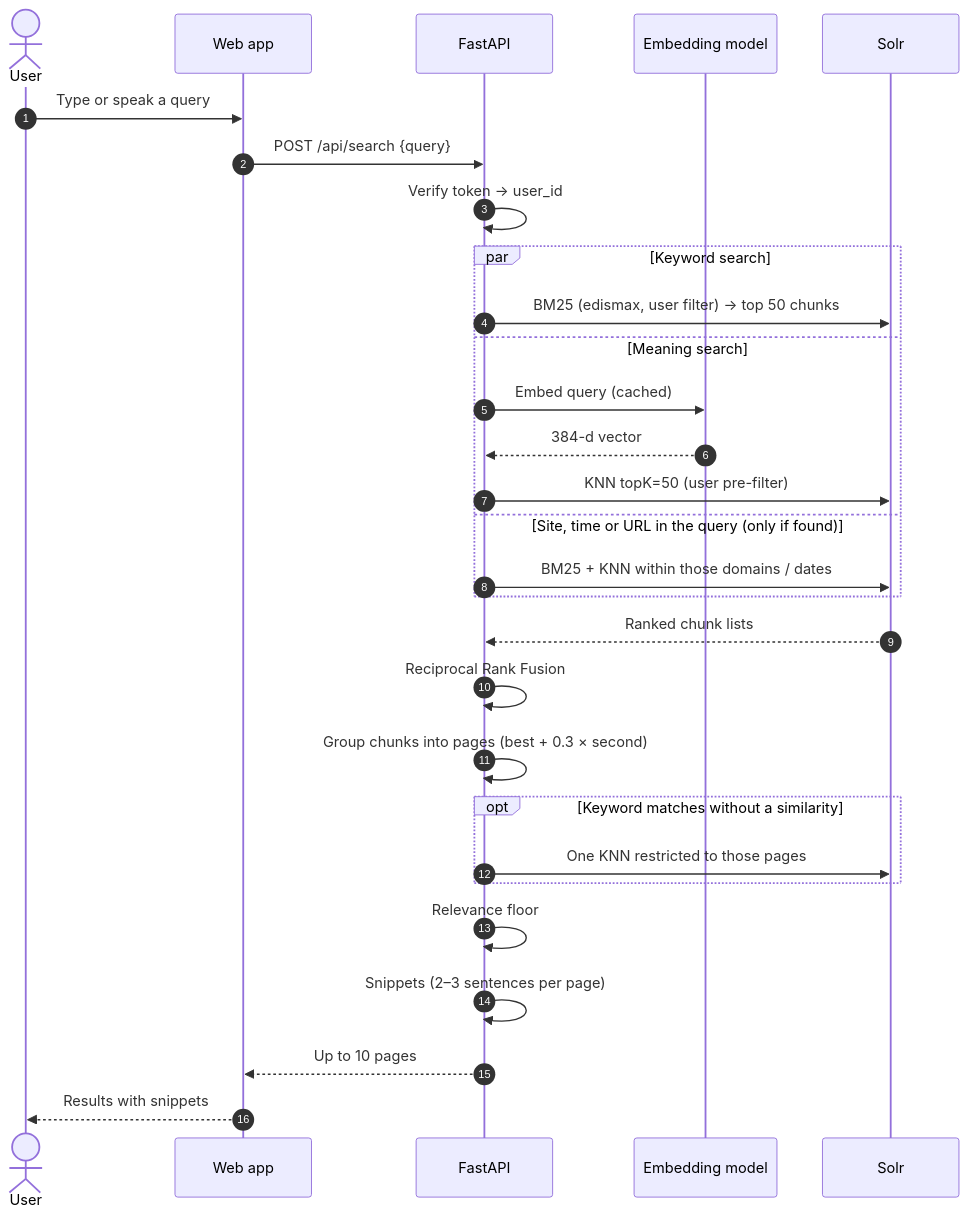
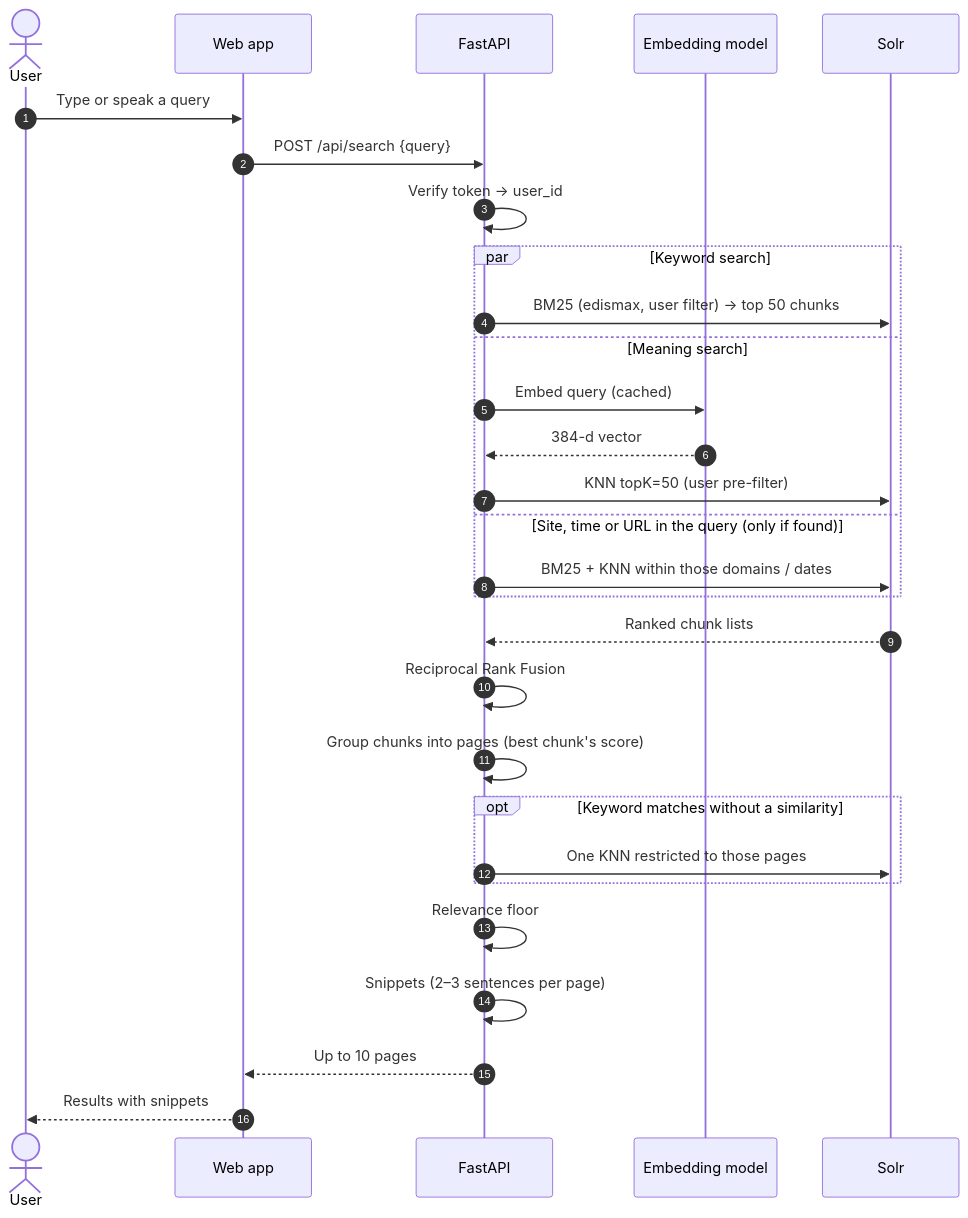
One commit to rabeeh18/ucs503p-202627-MemoryLane changed the diagram in docs/architecture/retrieval.md. Above: the diagram before and after it, drawn with Mermaid. The commit also changed other lines of this file and 9 other files, not shown here.

First line of the commit message:
Score pages by their best chunk; re-run SciFact with new metrics

````diff
--- a/docs/architecture/retrieval.md
+++ b/docs/architecture/retrieval.md
@@ -32,32 +32,32 @@
 ```mermaid
 sequenceDiagram
     autonumber
     actor U as User
     participant W as Web app
     participant A as FastAPI
     participant E as Embedding model
     participant S as Solr
 
     U->>W: Type or speak a query
     W->>A: POST /api/search {query}
     A->>A: Verify token → user_id
     par Keyword search
         A->>S: BM25 (edismax, user filter) → top 50 chunks
     and Meaning search
         A->>E: Embed query (cached)
         E-->>A: 384-d vector
         A->>S: KNN topK=50 (user pre-filter)
     and Site, time or URL in the query (only if found)
         A->>S: BM25 + KNN within those domains / dates
     end
     S-->>A: Ranked chunk lists
     A->>A: Reciprocal Rank Fusion
-    A->>A: Group chunks into pages (best + 0.3 × second)
+    A->>A: Group chunks into pages (best chunk's score)
     opt Keyword matches without a similarity
         A->>S: One KNN restricted to those pages
     end
     A->>A: Relevance floor
     A->>A: Snippets (2–3 sentences per page)
     A-->>W: Up to 10 pages
     W-->>U: Results with snippets
 ```
````
